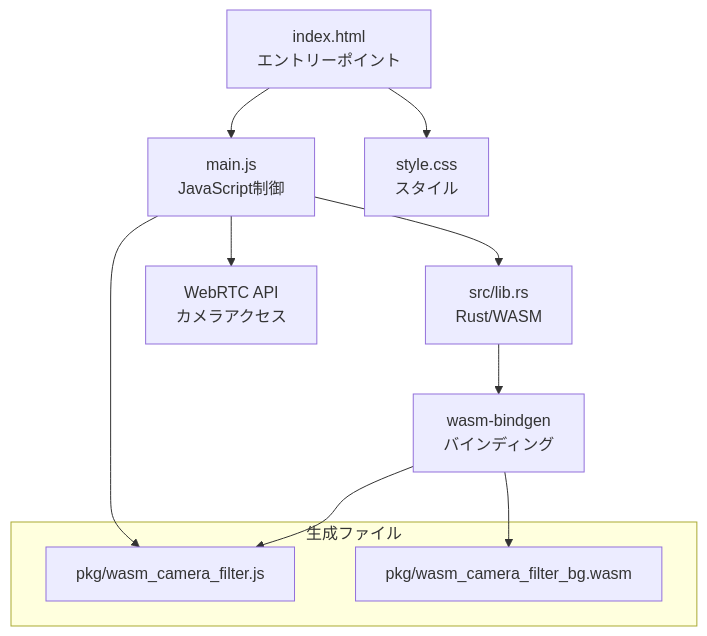
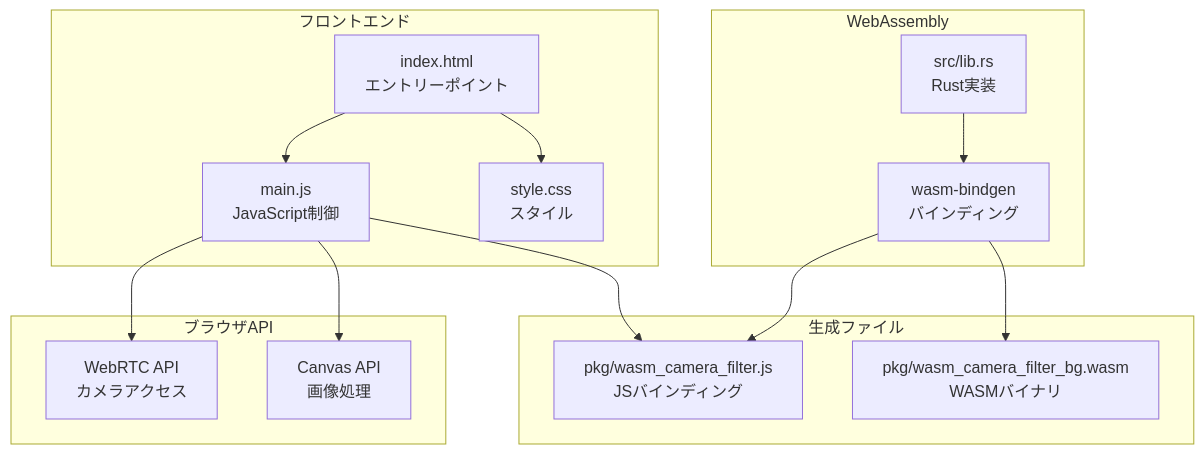
One commit to unafi/wasm-camera-filter changed the diagram in docs/README.md. Above: the diagram before and after it, drawn with Mermaid. The commit also changed 1 other file, not shown here.

Commit message:
docs: アーキテクチャ図のレイアウトを改善
- Mermaid図をサブグラフで整理し、関係性を明確化
- HTML版のASCII図も同様に構造化
- フロントエンド、WebAssembly、生成ファイル、ブラウザAPIに分類

````diff
--- a/docs/README.md
+++ b/docs/README.md
@@ -15,17 +15,32 @@
 ```mermaid
 graph TB
-    A[index.html<br/>エントリーポイント] --> B[main.js<br/>JavaScript制御]
-    A --> C[style.css<br/>スタイル]
-    B --> D[src/lib.rs<br/>Rust/WASM]
-    B --> E[WebRTC API<br/>カメラアクセス]
-    D --> F[wasm-bindgen<br/>バインディング]
+    subgraph "フロントエンド"
+        A[index.html<br/>エントリーポイント]
+        B[main.js<br/>JavaScript制御]
+        C[style.css<br/>スタイル]
+    end
+    
+    subgraph "WebAssembly"
+        D[src/lib.rs<br/>Rust実装]
+        E[wasm-bindgen<br/>バインディング]
+    end
     
     subgraph "生成ファイル"
-        G[pkg/wasm_camera_filter.js]
-        H[pkg/wasm_camera_filter_bg.wasm]
+        F[pkg/wasm_camera_filter.js<br/>JSバインディング]
+        G[pkg/wasm_camera_filter_bg.wasm<br/>WASMバイナリ]
     end
     
-    F --> G
-    F --> H
-    B --> G
+    subgraph "ブラウザAPI"
+        H[WebRTC API<br/>カメラアクセス]
+        I[Canvas API<br/>画像処理]
+    end
+    
+    A --> B
+    A --> C
+    B --> F
+    B --> H
+    B --> I
+    D --> E
+    E --> F
+    E --> G
 ```
````
